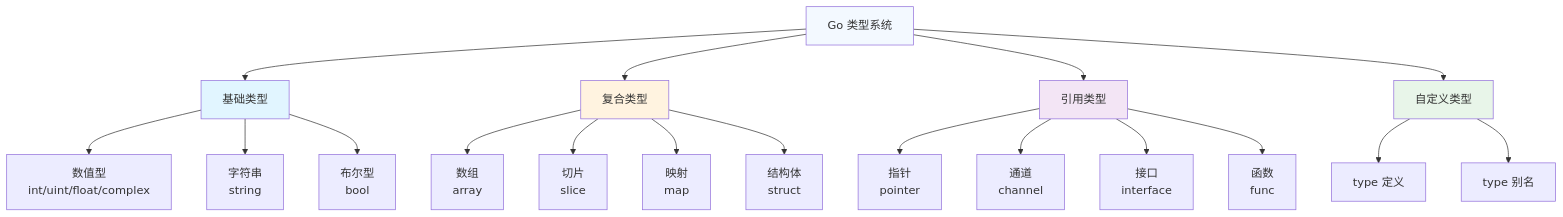
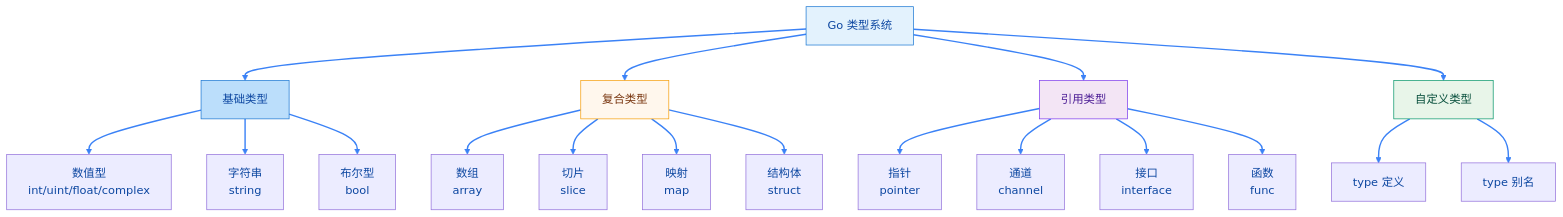
One commit to lazygophers/knowledge changed the diagram in docs/zh/golang/fundamentals/type-system.mdx. Above: the diagram before and after it, drawn with Mermaid. The commit also changed 9 other files, not shown here.

First line of the commit message:
style(golang): Mermaid 图表添加主题适配和连接线样式

````diff
--- a/docs/zh/golang/fundamentals/type-system.mdx
+++ b/docs/zh/golang/fundamentals/type-system.mdx
@@ -12,30 +12,37 @@
 ```mermaid
 flowchart TD
     A[Go 类型系统] --> B[基础类型]
     A --> C[复合类型]
     A --> D[引用类型]
     A --> E[自定义类型]
 
     B --> B1[数值型<br/>int/uint/float/complex]
     B --> B2[字符串<br/>string]
     B --> B3[布尔型<br/>bool]
 
     C --> C1[数组<br/>array]
     C --> C2[切片<br/>slice]
     C --> C3[映射<br/>map]
     C --> C4[结构体<br/>struct]
 
     D --> D1[指针<br/>pointer]
     D --> D2[通道<br/>channel]
     D --> D3[接口<br/>interface]
     D --> D4[函数<br/>func]
 
     E --> E1[type 定义]
     E --> E2[type 别名]
 
-    style A fill:#f3f9ff
-    style B fill:#e1f5ff
-    style C fill:#fff3e0
-    style D fill:#f3e5f5
-    style E fill:#e8f5e9
+    linkStyle default stroke:#3b82f6,stroke-width:2px
+    classDef root fill:#e3f2fd,stroke:#1976d2,color:#0d47a1
+    classDef basic fill:#bbdefb,stroke:#1976d2,color:#0d47a1
+    classDef composite fill:#fff7ed,stroke:#f59e0b,color:#78350f
+    classDef reference fill:#f3e5f5,stroke:#7c3aed,color:#4c1d95
+    classDef custom fill:#e8f5e9,stroke:#059669,color:#064e3b
+
+    class A root
+    class B basic
+    class C composite
+    class D reference
+    class E custom
 ```
````
